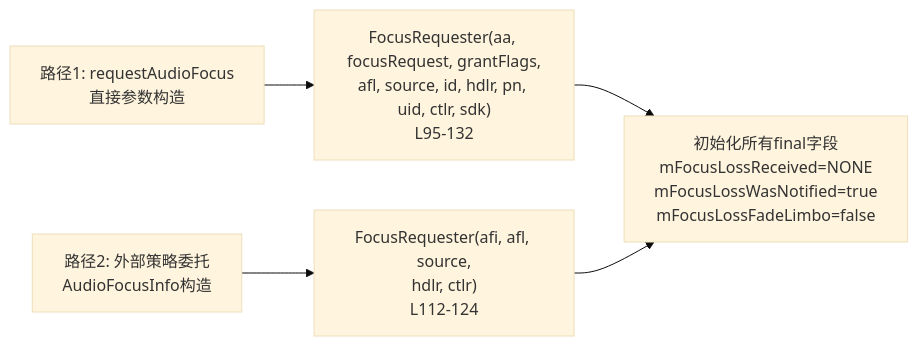
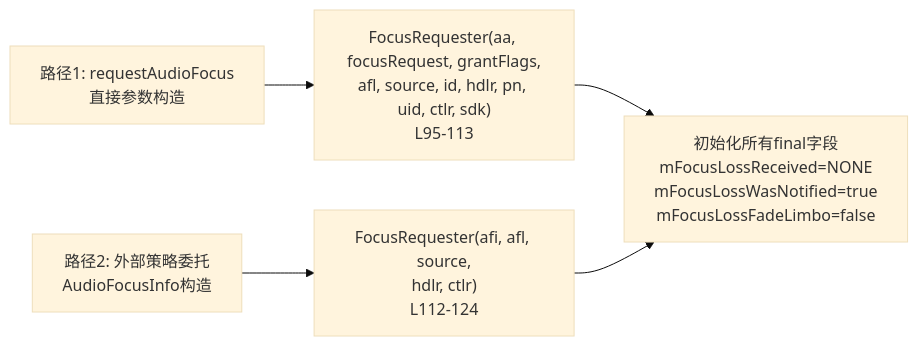
The second of 8 diagrams in 12_Audio_Focus_Deep_Dive/12_12.12_FocusRequester内部机制.md (yanglinzhen1022/SA8295_AAOS_QNX_Audio_KnowledgeBase), drawn with Mermaid (base theme) before and after one commit. The commit also changed other lines of this file and 14 other files, not shown here.

````diff
--- a/12_Audio_Focus_Deep_Dive/12_12.12_FocusRequester内部机制.md
+++ b/12_Audio_Focus_Deep_Dive/12_12.12_FocusRequester内部机制.md
@@ -95,7 +95,7 @@
 ```mermaid
 flowchart LR
-    PATH1["路径1: requestAudioFocus<br>直接参数构造"] --> CTOR1["FocusRequester(aa, focusRequest, grantFlags,<br>afl, source, id, hdlr, pn, uid, ctlr, sdk)<br>L95-132"]
+    PATH1["路径1: requestAudioFocus<br>直接参数构造"] --> CTOR1["FocusRequester(aa, focusRequest, grantFlags,<br>afl, source, id, hdlr, pn, uid, ctlr, sdk)<br>L95-113"]
     PATH2["路径2: 外部策略委托<br>AudioFocusInfo构造"] --> CTOR2["FocusRequester(afi, afl, source,<br>hdlr, ctlr)<br>L112-124"]
     CTOR1 --> INIT["初始化所有final字段<br>mFocusLossReceived=NONE<br>mFocusLossWasNotified=true<br>mFocusLossFadeLimbo=false"]
     CTOR2 --> INIT
 ```
````
